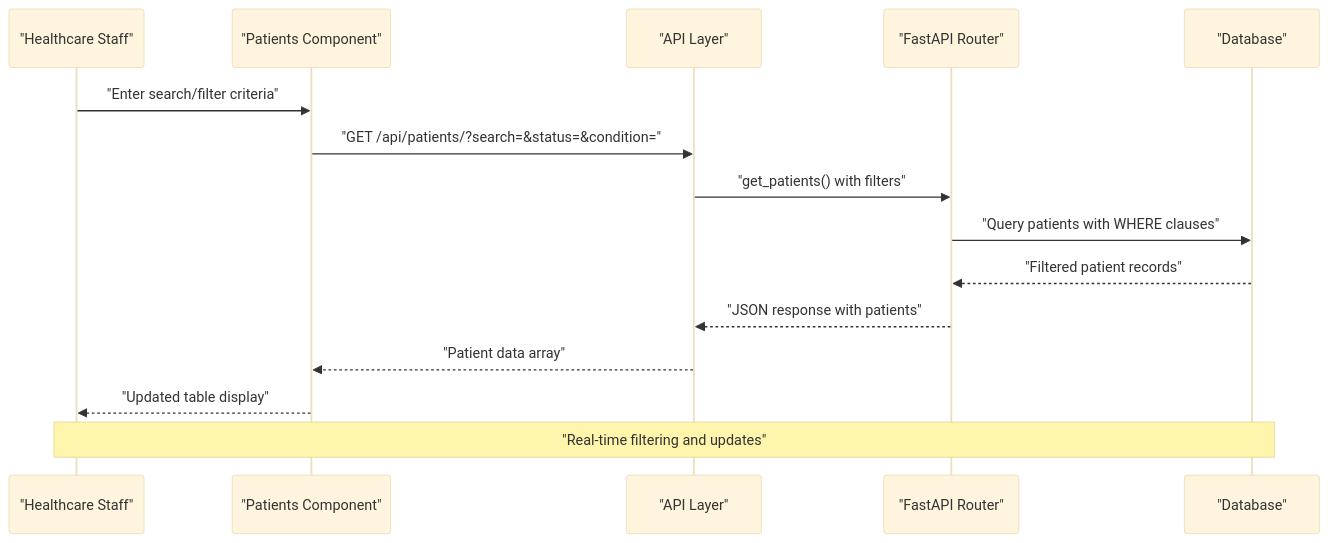
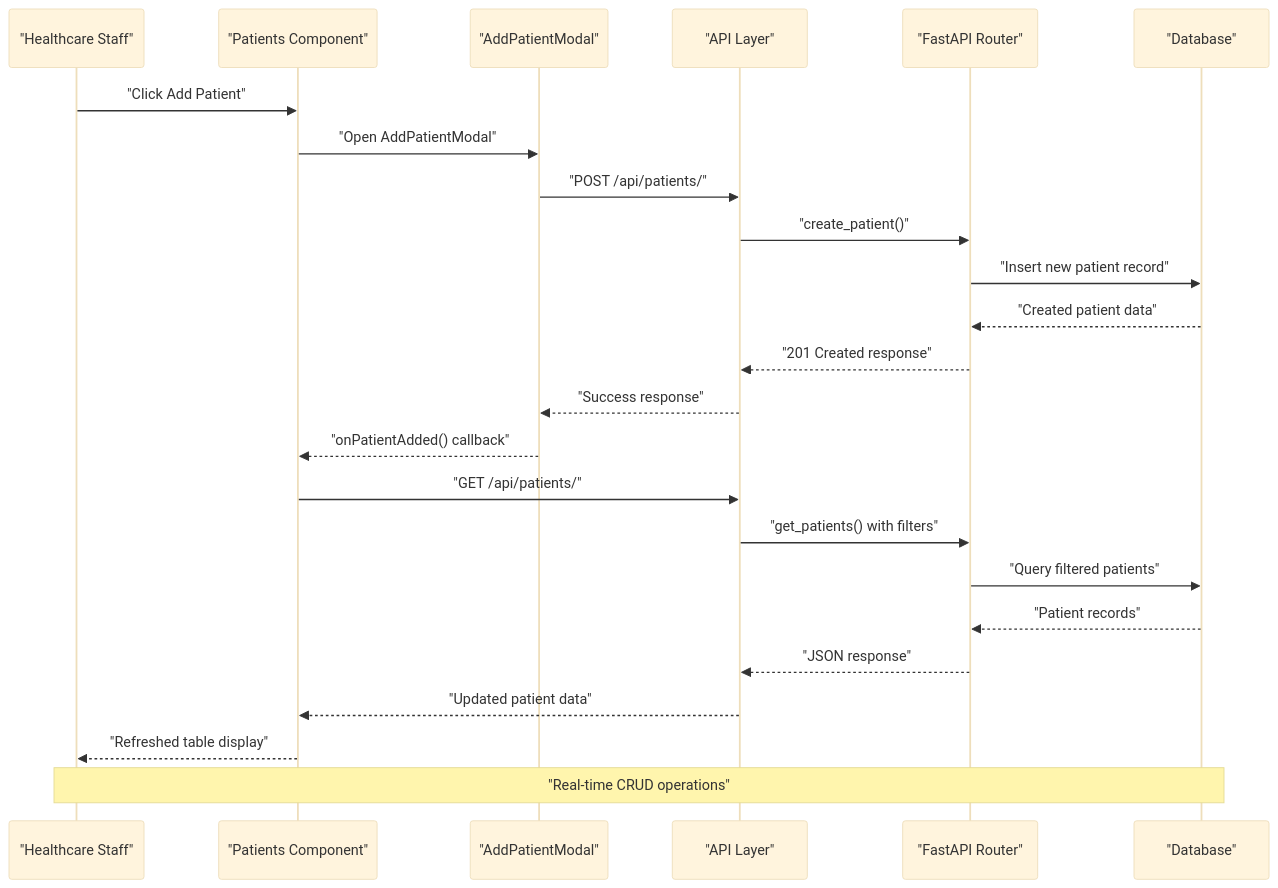
One commit to kasliwalsarthak7972/smart-healthcare-dashboard changed the third of 9 diagrams in .qoder/repowiki/en/content/Frontend Component Architecture/Patients Component.md. Above: the diagram before and after it, drawn with Mermaid (base theme). The commit also changed other lines of this file and 7 other files, not shown here.

````diff
--- a/.qoder/repowiki/en/content/Frontend Component Architecture/Patients Component.md
+++ b/.qoder/repowiki/en/content/Frontend Component Architecture/Patients Component.md
@@ -104,17 +116,26 @@
 ```mermaid
 sequenceDiagram
 participant User as "Healthcare Staff"
 participant UI as "Patients Component"
+participant Modal as "AddPatientModal"
 participant API as "API Layer"
 participant Backend as "FastAPI Router"
 participant DB as "Database"
-User->>UI : "Enter search/filter criteria"
-UI->>API : "GET /api/patients/?search=&status=&condition="
+User->>UI : "Click Add Patient"
+UI->>Modal : "Open AddPatientModal"
+Modal->>API : "POST /api/patients/"
+API->>Backend : "create_patient()"
+Backend->>DB : "Insert new patient record"
+DB-->>Backend : "Created patient data"
+Backend-->>API : "201 Created response"
+API-->>Modal : "Success response"
+Modal-->>UI : "onPatientAdded() callback"
+UI->>API : "GET /api/patients/"
 API->>Backend : "get_patients() with filters"
-Backend->>DB : "Query patients with WHERE clauses"
-DB-->>Backend : "Filtered patient records"
-Backend-->>API : "JSON response with patients"
-API-->>UI : "Patient data array"
-UI-->>User : "Updated table display"
-Note over User,DB : "Real-time filtering and updates"
+Backend->>DB : "Query filtered patients"
+DB-->>Backend : "Patient records"
+Backend-->>API : "JSON response"
+API-->>UI : "Updated patient data"
+UI-->>User : "Refreshed table display"
+Note over User,DB : "Real-time CRUD operations"
 ```
````
